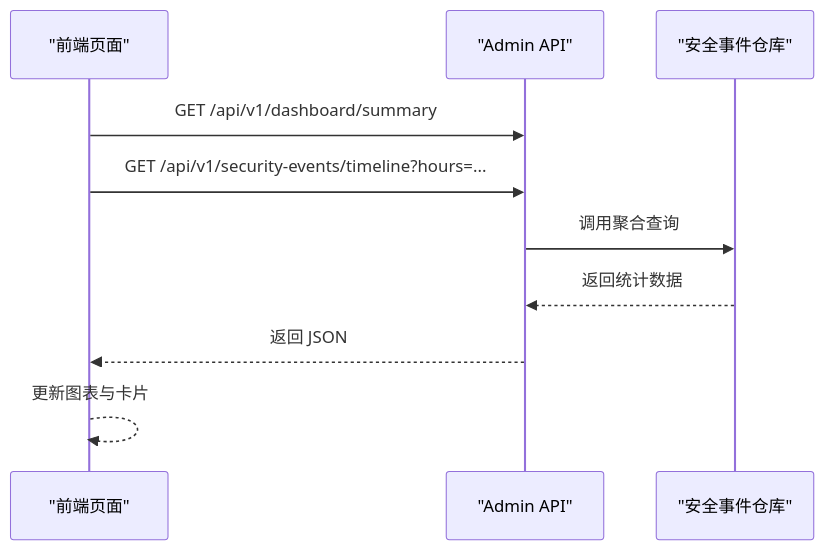
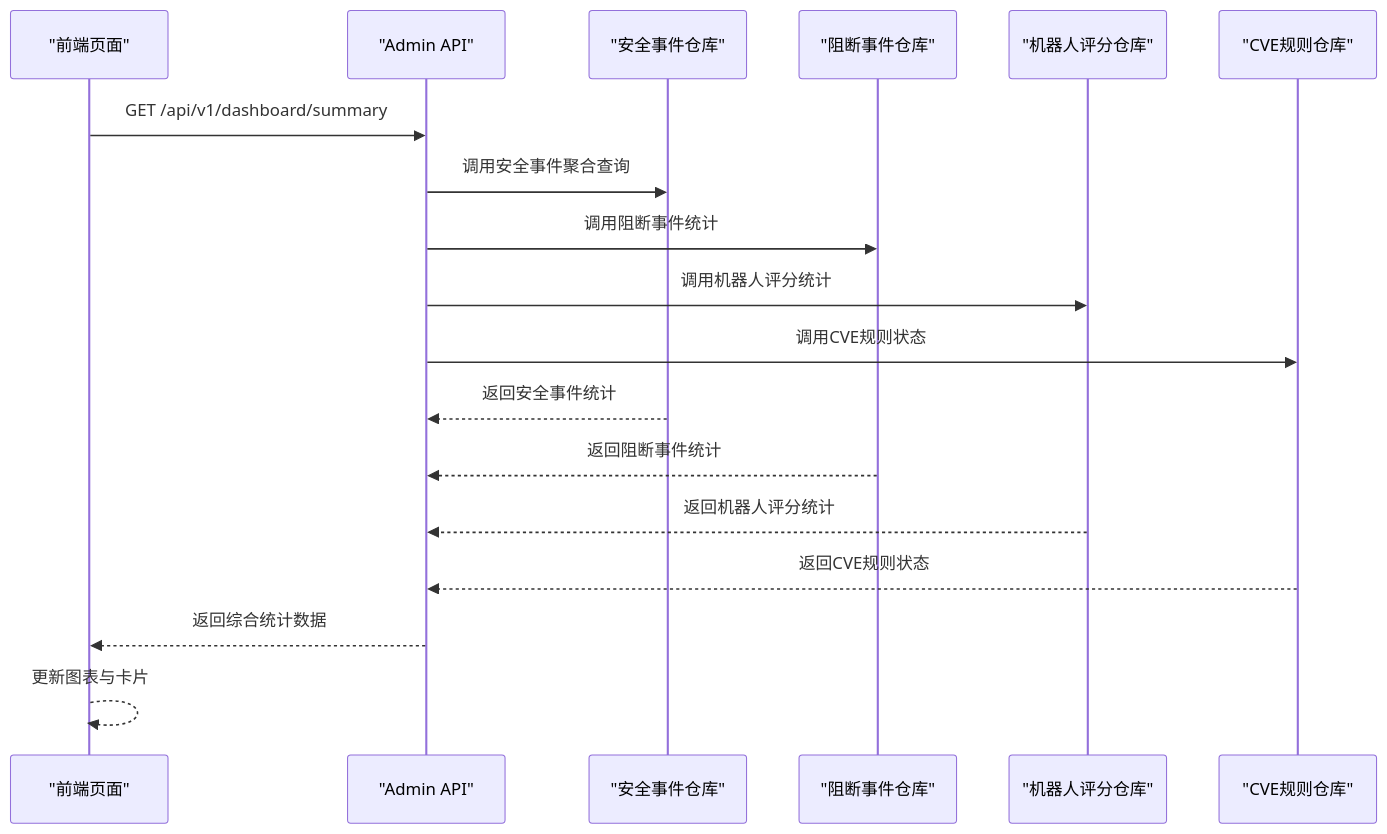
Diagram 12 of 13 in docs/监控与可观测性/监控与可观测性.md (x01n/My-OpenWaf), drawn with Mermaid before and after one commit. The commit also changed other lines of this file and 51 other files, not shown here.

````diff
--- a/docs/监控与可观测性/监控与可观测性.md
+++ b/docs/监控与可观测性/监控与可观测性.md
@@ -324,12 +514,20 @@
 ```mermaid
 sequenceDiagram
 participant FE as "前端页面"
 participant API as "Admin API"
 participant Repo as "安全事件仓库"
+participant DropRepo as "阻断事件仓库"
+participant BotRepo as "机器人评分仓库"
+participant CVERepo as "CVE规则仓库"
 FE->>API : GET /api/v1/dashboard/summary
-FE->>API : GET /api/v1/security-events/timeline?hours=...
-API->>Repo : 调用聚合查询
-Repo-->>API : 返回统计数据
-API-->>FE : 返回 JSON
+API->>Repo : 调用安全事件聚合查询
+API->>DropRepo : 调用阻断事件统计
+API->>BotRepo : 调用机器人评分统计
+API->>CVERepo : 调用CVE规则状态
+Repo-->>API : 返回安全事件统计
+DropRepo-->>API : 返回阻断事件统计
+BotRepo-->>API : 返回机器人评分统计
+CVERepo-->>API : 返回CVE规则状态
+API-->>FE : 返回综合统计数据
 FE-->>FE : 更新图表与卡片
 ```
````
